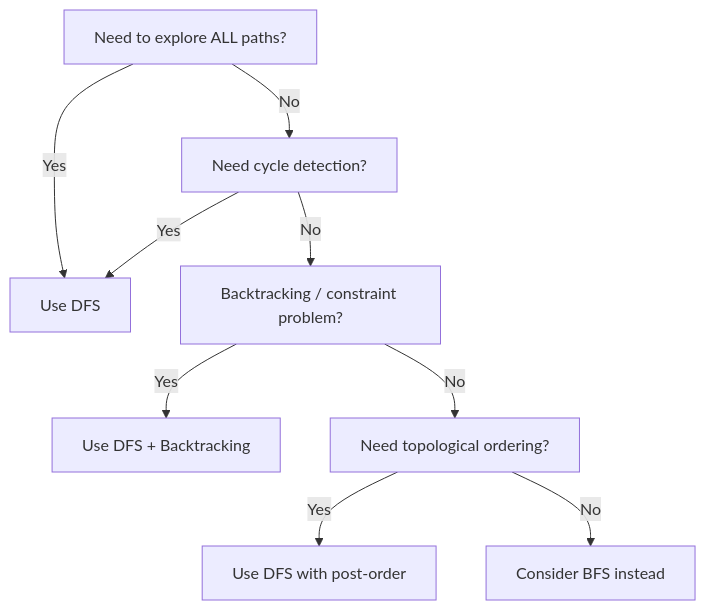
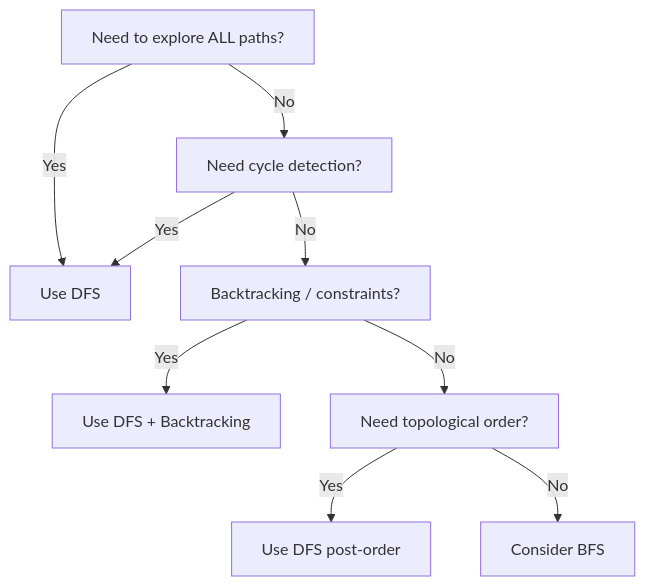
Before and after one commit to tomzaku/perp-ef: the second of 4 diagrams in src/content/learning-paths/bfs-dfs.md, drawn with Mermaid. The commit also changed other lines of this file and 3 other files, not shown here.

Commit message:
feat: add graphs data

````diff
--- a/src/content/learning-paths/bfs-dfs.md
+++ b/src/content/learning-paths/bfs-dfs.md
@@ -161,11 +553,11 @@
 ```mermaid
 flowchart TD
     A["Need to explore ALL paths?"] -->|Yes| B["Use DFS"]
     A -->|No| C["Need cycle detection?"]
     C -->|Yes| B
-    C -->|No| D["Backtracking / constraint problem?"]
+    C -->|No| D["Backtracking / constraints?"]
     D -->|Yes| E["Use DFS + Backtracking"]
-    D -->|No| F["Need topological ordering?"]
-    F -->|Yes| G["Use DFS with post-order"]
-    F -->|No| H["Consider BFS instead"]
+    D -->|No| F["Need topological order?"]
+    F -->|Yes| G["Use DFS post-order"]
+    F -->|No| H["Consider BFS"]
 ```
````
